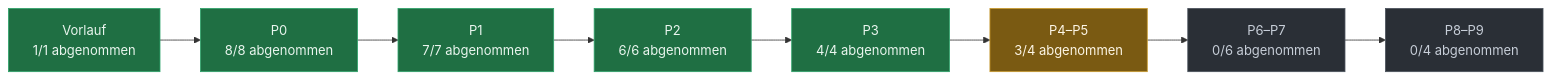
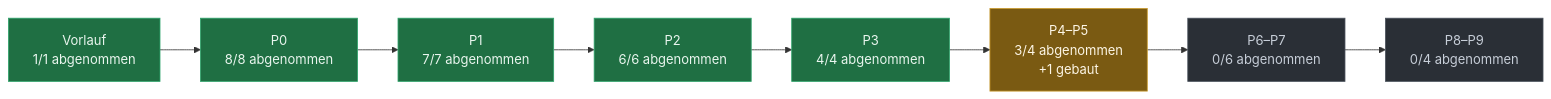
One commit to evenacadia-tech/Nakama changed the diagram in docs/PLAN-STAND.md. Above: the diagram before and after it, drawn with Mermaid. The commit also changed other lines of this file and 15 other files, not shown here.

````diff
--- a/docs/PLAN-STAND.md
+++ b/docs/PLAN-STAND.md
@@ -35,21 +38,21 @@
 ```mermaid
 flowchart LR
   P0["Vorlauf<br/>1/1 abgenommen"]:::fertig
   P1["P0<br/>8/8 abgenommen"]:::fertig
   P0 --> P1
   P2["P1<br/>7/7 abgenommen"]:::fertig
   P1 --> P2
   P3["P2<br/>6/6 abgenommen"]:::fertig
   P2 --> P3
   P4["P3<br/>4/4 abgenommen"]:::fertig
   P3 --> P4
-  P5["P4–P5<br/>3/4 abgenommen"]:::laeuft
+  P5["P4–P5<br/>3/4 abgenommen<br/>+1 gebaut"]:::laeuft
   P4 --> P5
   P6["P6–P7<br/>0/6 abgenommen"]:::offen
   P5 --> P6
   P7["P8–P9<br/>0/4 abgenommen"]:::offen
   P6 --> P7
   classDef fertig fill:#1f6f43,stroke:#2ea36a,color:#eaf6ef
   classDef laeuft fill:#7a5a12,stroke:#c99a2e,color:#fdf6e6
   classDef offen  fill:#2a2f36,stroke:#4a525c,color:#c7ced8
 ```
````
